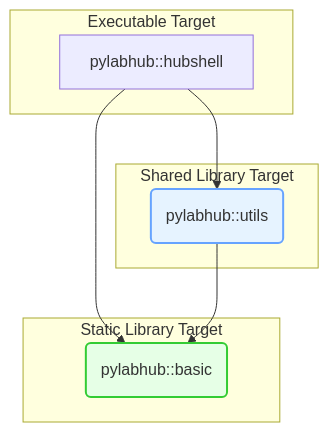
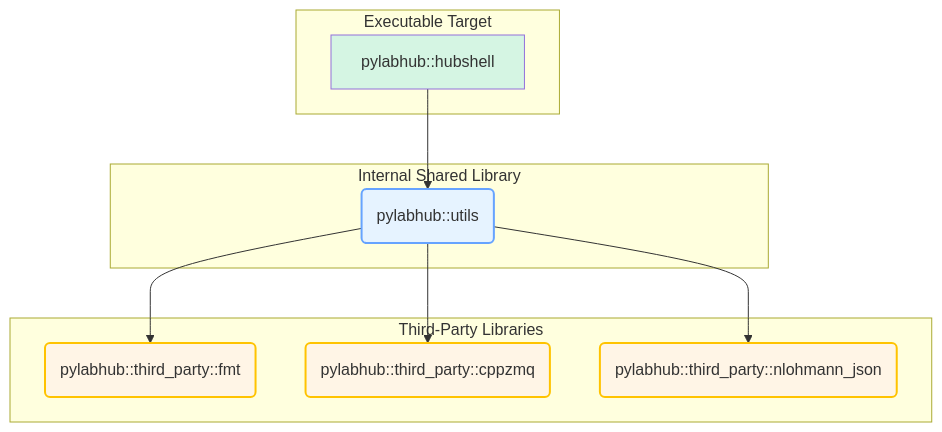
Before and after one commit to Qing-LAB/pylabhub: the first of 2 diagrams in cpp/docs/README_CMake_Design.md, drawn with Mermaid. The commit also changed other lines of this file and 17 other files, not shown here.

````diff
--- a/cpp/docs/README_CMake_Design.md
+++ b/cpp/docs/README_CMake_Design.md
@@ -61,21 +42,27 @@
 ```mermaid
 graph TD
     subgraph "Executable Target"
         A[pylabhub::hubshell]
     end
     
-    subgraph "Shared Library Target"
+    subgraph "Internal Shared Library"
         B(pylabhub::utils)
     end
     
-    subgraph "Static Library Target"
-        C(pylabhub::basic)
+    subgraph "Third-Party Libraries"
+        C(pylabhub::third_party::fmt)
+        D(pylabhub::third_party::cppzmq)
+        E(pylabhub::third_party::nlohmann_json)
     end
     
     A --> B;
-    A --> C;
     B --> C;
+    B --> D;
+    B --> E;
 
-    style B fill:#e6f3ff,stroke:#66a3ff,stroke-width:2px
-    style C fill:#e6ffe6,stroke:#33cc33,stroke-width:2px
+    style A fill:#D5F5E3
+    style B fill:#E6F3FF,stroke:#66a3ff,stroke-width:2px
+    style C fill:#FFF5E6,stroke:#FFC300,stroke-width:2px
+    style D fill:#FFF5E6,stroke:#FFC300,stroke-width:2px
+    style E fill:#FFF5E6,stroke:#FFC300,stroke-width:2px
 ```
````
